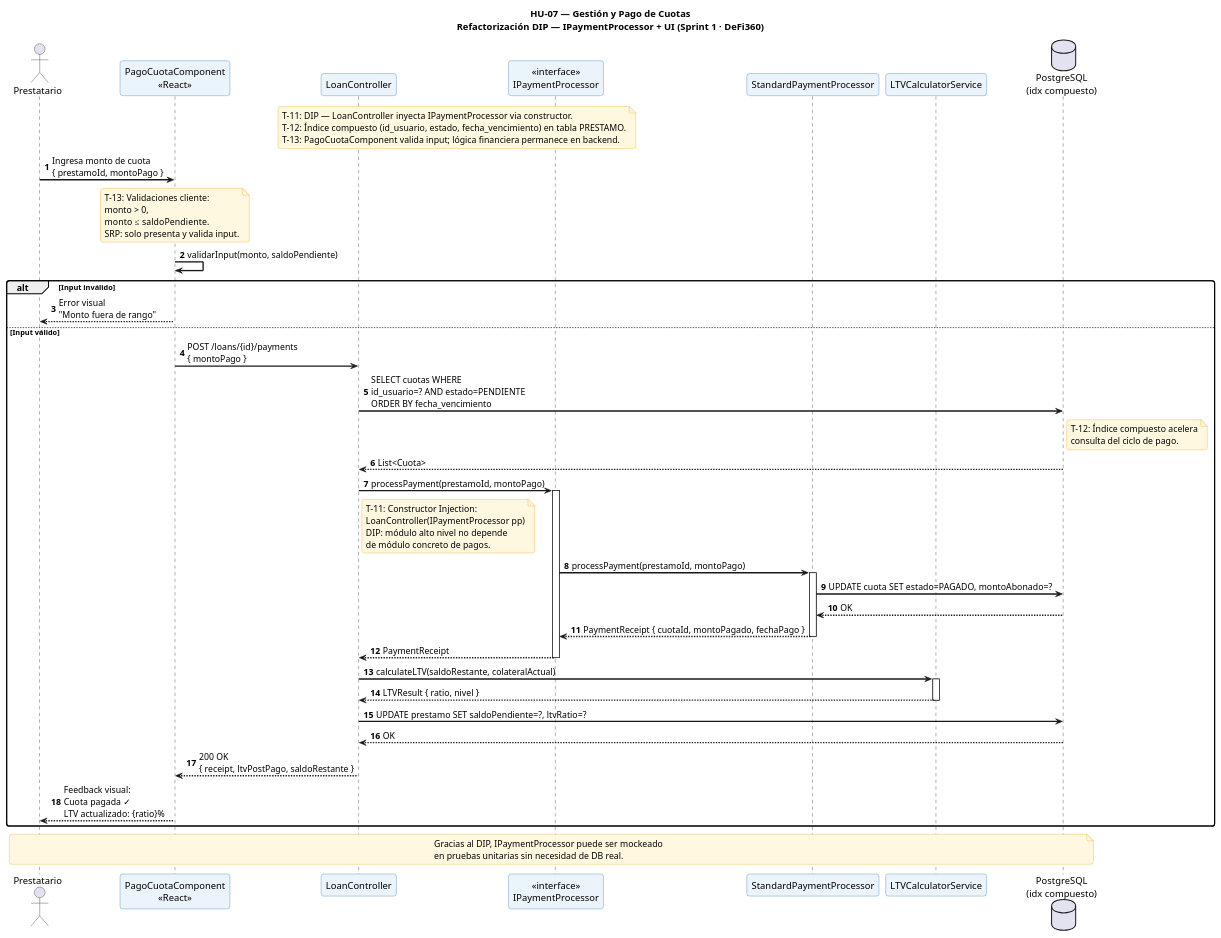
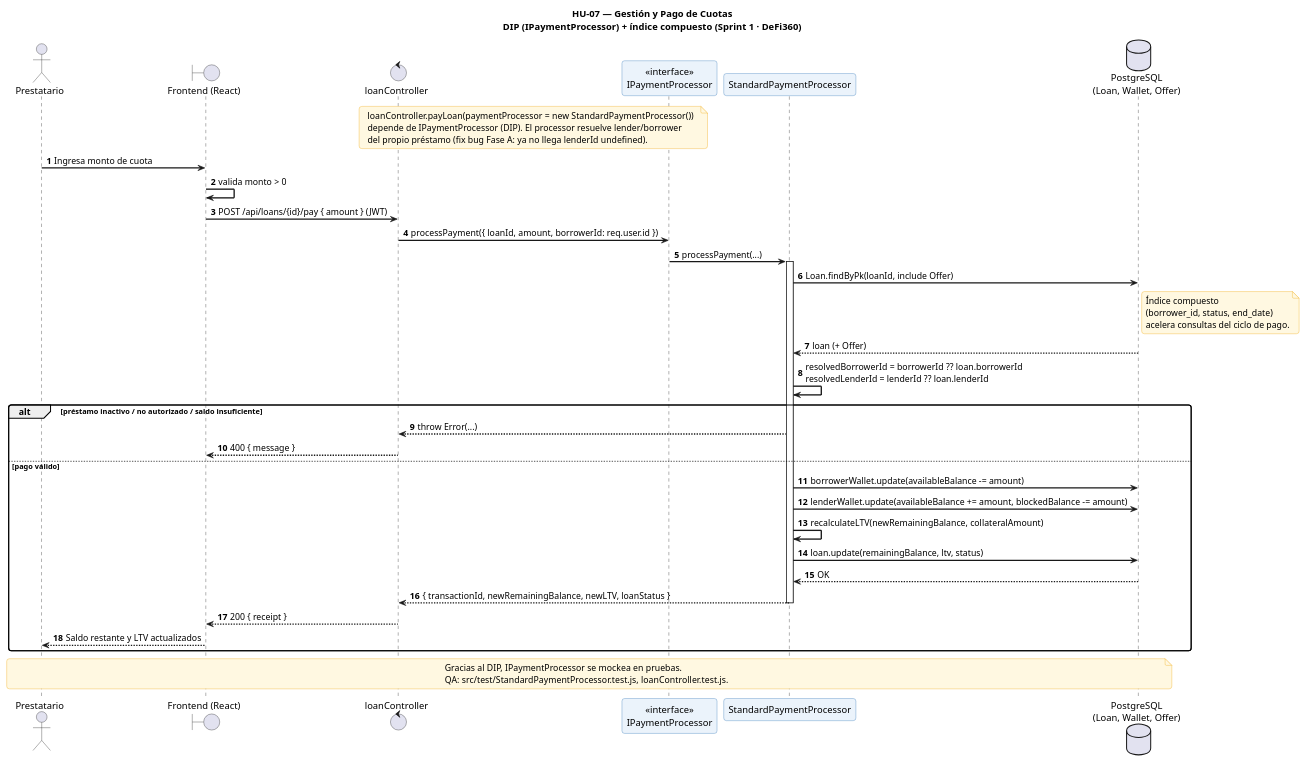
One commit to Brando-01/Software2 changed the diagram in Diagramas/HU07_Gestion_Pago_Cuotas.puml. Above: the diagram before and after it, drawn with PlantUML. The commit also changed 24 other files, not shown here.

Commit message:
docs(diagramas): diagramas UML Release 01 y Release 02 (general y por HU)

```diff
--- a/Diagramas/HU07_Gestion_Pago_Cuotas.puml
+++ b/Diagramas/HU07_Gestion_Pago_Cuotas.puml
@@ -1,85 +1,64 @@
 @startuml HU07_Gestion_Pago_Cuotas
-title HU-07 — Gestión y Pago de Cuotas\nRefactorización DIP — IPaymentProcessor + UI (Sprint 1 · DeFi360)
+title HU-07 — Gestión y Pago de Cuotas\nDIP (IPaymentProcessor) + índice compuesto (Sprint 1 · DeFi360)
 
 skinparam sequenceArrowThickness 2
 skinparam roundcorner 8
 skinparam sequenceParticipantBorderColor #2E75B6
 skinparam sequenceParticipantBackgroundColor #EBF3FB
 skinparam noteBorderColor #F0A500
 skinparam noteBackgroundColor #FFF8E1
 
-actor       "Prestatario"               as User
-participant "PagoCuotaComponent\n<<React>>" as UI
-participant "LoanController"            as LC
+actor       "Prestatario"                     as User
+boundary    "Frontend (React)"               as UI
+control     "loanController"                 as LC
 participant "<<interface>>\nIPaymentProcessor" as IPP
-participant "StandardPaymentProcessor" as SPP
-participant "LTVCalculatorService"      as LTV
-database    "PostgreSQL\n(idx compuesto)" as DB
+participant "StandardPaymentProcessor"       as SPP
+database    "PostgreSQL\n(Loan, Wallet, Offer)" as DB
 
 autonumber
 
 note over LC, IPP
-  T-11: DIP — LoanController inyecta IPaymentProcessor via constructor.
-  T-12: Índice compuesto (id_usuario, estado, fecha_vencimiento) en tabla PRESTAMO.
-  T-13: PagoCuotaComponent valida input; lógica financiera permanece en backend.
+  loanController.payLoan(paymentProcessor = new StandardPaymentProcessor())
+  depende de IPaymentProcessor (DIP). El processor resuelve lender/borrower
+  del propio préstamo (fix bug Fase A: ya no llega lenderId undefined).
 end note
 
-User -> UI : Ingresa monto de cuota\n{ prestamoId, montoPago }
+User -> UI : Ingresa monto de cuota
+UI -> UI : valida monto > 0
+UI -> LC : POST /api/loans/{id}/pay { amount } (JWT)
 
-note over UI
-  T-13: Validaciones cliente:
-  monto > 0,
-  monto ≤ saldoPendiente.
-  SRP: solo presenta y valida input.
+LC -> IPP : processPayment({ loanId, amount, borrowerId: req.user.id })
+IPP -> SPP : processPayment(...)
+activate SPP
+
+SPP -> DB : Loan.findByPk(loanId, include Offer)
+note right of DB
+  Índice compuesto
+  (borrower_id, status, end_date)
+  acelera consultas del ciclo de pago.
 end note
+DB --> SPP : loan (+ Offer)
 
-UI -> UI : validarInput(monto, saldoPendiente)
+SPP -> SPP : resolvedBorrowerId = borrowerId ?? loan.borrowerId\nresolvedLenderId = lenderId ?? loan.lenderId
 
-alt Input inválido
-    UI --> User : Error visual\n"Monto fuera de rango"
-else Input válido
-    UI -> LC : POST /loans/{id}/payments\n{ montoPago }
-
-    LC -> DB : SELECT cuotas WHERE\nid_usuario=? AND estado=PENDIENTE\nORDER BY fecha_vencimiento
-    note right of DB
-      T-12: Índice compuesto acelera
-      consulta del ciclo de pago.
-    end note
-    DB --> LC : List<Cuota>
-
-    LC -> IPP : processPayment(prestamoId, montoPago)
-    note right of LC
-      T-11: Constructor Injection:
-      LoanController(IPaymentProcessor pp)
-      DIP: módulo alto nivel no depende
-      de módulo concreto de pagos.
-    end note
-    activate IPP
-    IPP -> SPP : processPayment(prestamoId, montoPago)
-    activate SPP
-    SPP -> DB  : UPDATE cuota SET estado=PAGADO, montoAbonado=?
-    DB  --> SPP : OK
-    SPP --> IPP : PaymentReceipt { cuotaId, montoPagado, fechaPago }
+alt préstamo inactivo / no autorizado / saldo insuficiente
+    SPP --> LC : throw Error(...)
+    LC --> UI : 400 { message }
+else pago válido
+    SPP -> DB : borrowerWallet.update(availableBalance -= amount)
+    SPP -> DB : lenderWallet.update(availableBalance += amount, blockedBalance -= amount)
+    SPP -> SPP : recalculateLTV(newRemainingBalance, collateralAmount)
+    SPP -> DB : loan.update(remainingBalance, ltv, status)
+    DB --> SPP : OK
+    SPP --> LC : { transactionId, newRemainingBalance, newLTV, loanStatus }
     deactivate SPP
-    IPP --> LC  : PaymentReceipt
-    deactivate IPP
-
-    LC -> LTV : calculateLTV(saldoRestante, colateralActual)
-    activate LTV
-    LTV --> LC : LTVResult { ratio, nivel }
-    deactivate LTV
-
-    LC -> DB   : UPDATE prestamo SET saldoPendiente=?, ltvRatio=?
-    DB --> LC  : OK
-
-    LC --> UI  : 200 OK\n{ receipt, ltvPostPago, saldoRestante }
-
-    UI --> User : Feedback visual:\nCuota pagada ✓\nLTV actualizado: {ratio}%
+    LC --> UI : 200 { receipt }
+    UI --> User : Saldo restante y LTV actualizados
 end
 
 note over User, DB
-  Gracias al DIP, IPaymentProcessor puede ser mockeado
-  en pruebas unitarias sin necesidad de DB real.
+  Gracias al DIP, IPaymentProcessor se mockea en pruebas.
+  QA: src/test/StandardPaymentProcessor.test.js, loanController.test.js.
 end note
 
 @enduml
```
